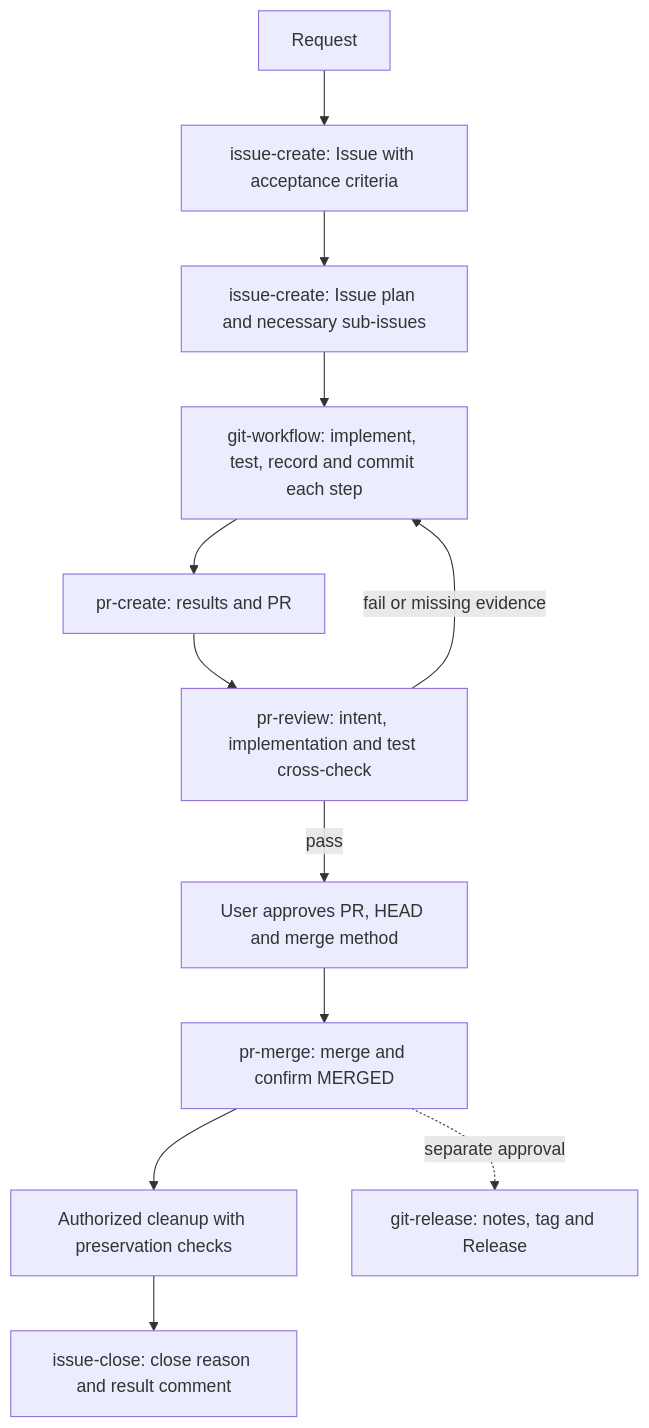
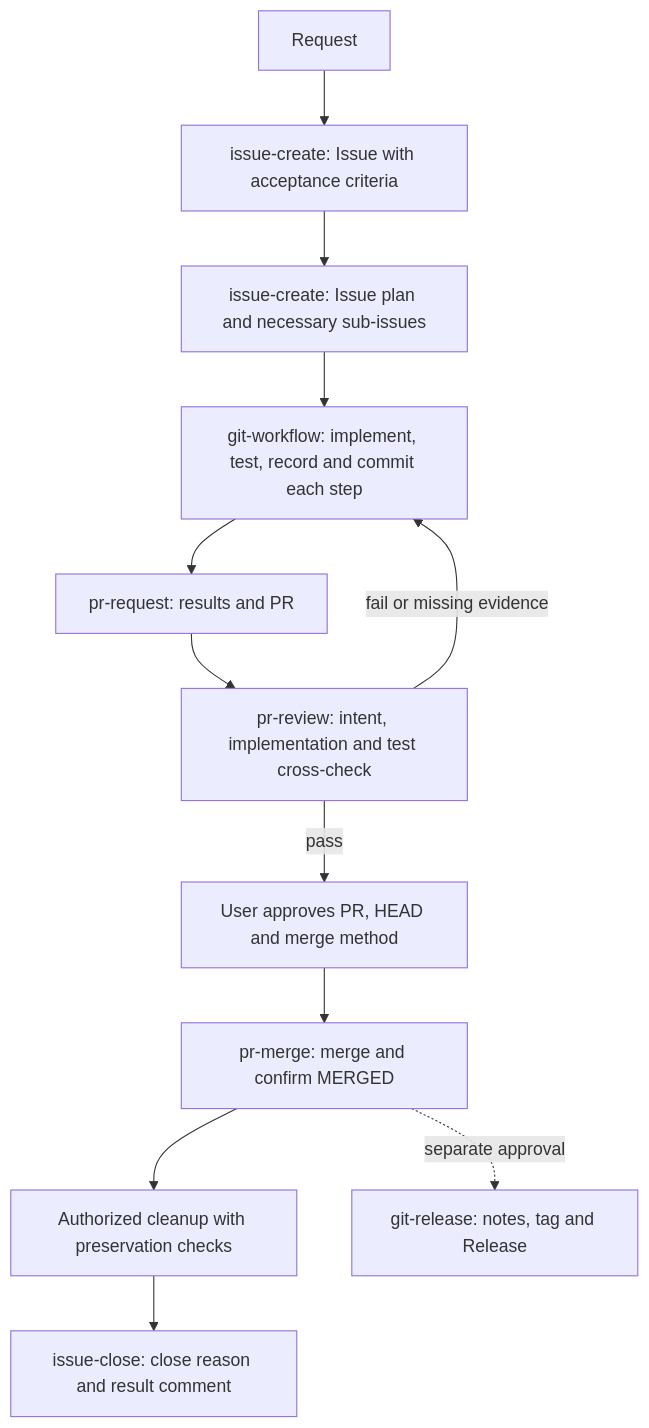
One commit to insung/git-workflow changed the diagram in README.md. Above: the diagram before and after it, drawn with Mermaid. The commit also changed other lines of this file and 16 other files, not shown here.

````diff
--- a/README.md
+++ b/README.md
@@ -42,14 +42,14 @@
 ```mermaid
 flowchart TD
     A[Request] --> B[issue-create: Issue with acceptance criteria]
     B --> C[issue-create: Issue plan and necessary sub-issues]
     C --> D[git-workflow: implement, test, record and commit each step]
-    D --> E[pr-create: results and PR]
+    D --> E[pr-request: results and PR]
     E --> F[pr-review: intent, implementation and test cross-check]
     F -->|fail or missing evidence| D
     F -->|pass| G[User approves PR, HEAD and merge method]
     G --> H[pr-merge: merge and confirm MERGED]
     H --> J[Authorized cleanup with preservation checks]
     J --> K[issue-close: close reason and result comment]
     H -. separate approval .-> I[git-release: notes, tag and Release]
 ```
````
